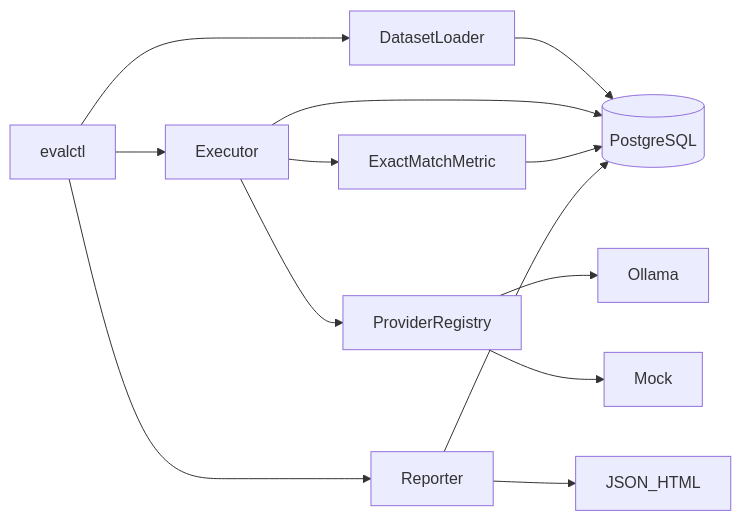
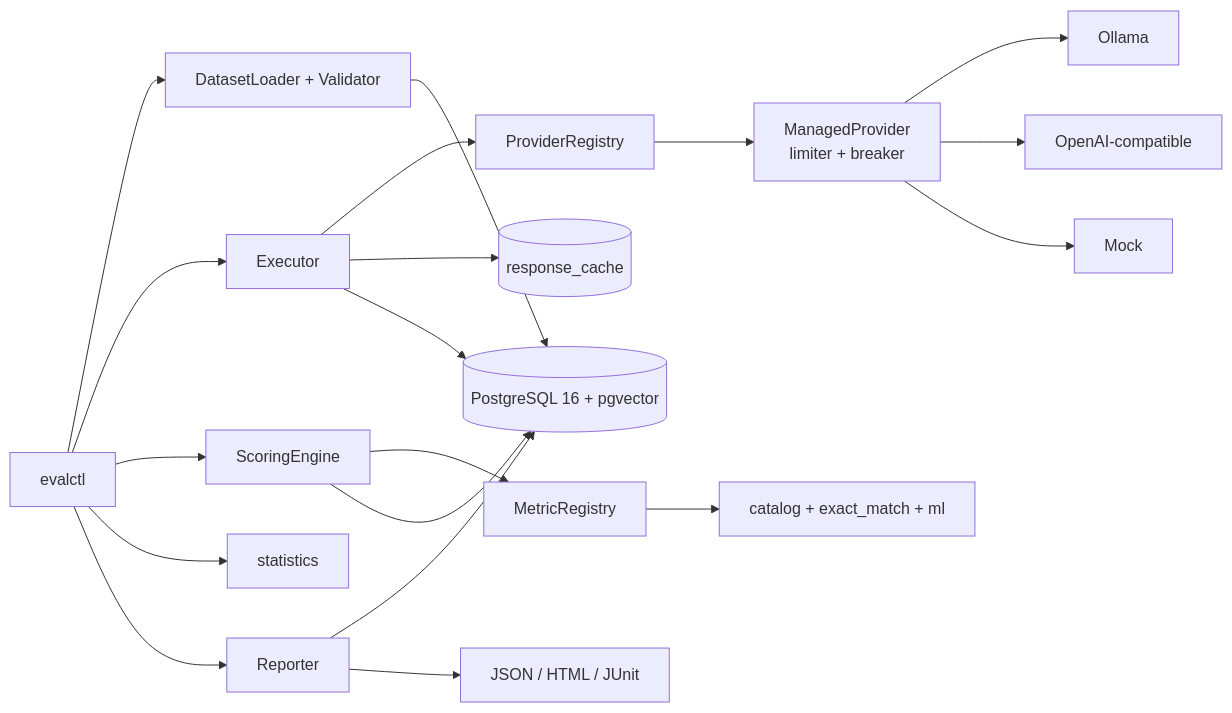
The diagram in docs/architecture.md (DimitarAtanassov/evalanche), drawn with Mermaid before and after one commit. The commit also changed other lines of this file and 11 other files, not shown here.

First line of the commit message:
Overhaul documentation for clarity, architecture, and metric narrative

````diff
--- a/docs/architecture.md
+++ b/docs/architecture.md
@@ -21,15 +38,24 @@
 ```mermaid
 flowchart LR
-  CLI[evalctl] --> Loader[DatasetLoader]
+  CLI[evalctl] --> Loader[DatasetLoader + Validator]
   CLI --> Exec[Executor]
-  Loader --> Store[(PostgreSQL)]
-  Exec --> Provider[ProviderRegistry]
-  Provider --> Ollama[Ollama]
-  Provider --> Mock[Mock]
+  CLI --> Engine[ScoringEngine]
+  CLI --> Stats[statistics]
+  CLI --> Reporter[Reporter]
+
+  Loader --> Store[(PostgreSQL 16 + pgvector)]
+  Exec --> Reg[ProviderRegistry]
+  Reg --> Managed[ManagedProvider<br/>limiter + breaker]
+  Managed --> Ollama[Ollama]
+  Managed --> OpenAI[OpenAI-compatible]
+  Managed --> Mock[Mock]
+  Exec --> Cache[(response_cache)]
   Exec --> Store
-  Exec --> Scorer[ExactMatchMetric]
-  Scorer --> Store
-  CLI --> Reporter[Reporter]
+
+  Engine --> Registry[MetricRegistry]
+  Registry --> Catalog[catalog + exact_match + ml]
+  Engine --> Store
+
   Reporter --> Store
-  Reporter --> Artifacts[JSON_HTML]
+  Reporter --> Artifacts["JSON / HTML / JUnit"]
 ```
````
